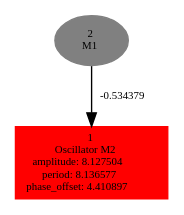
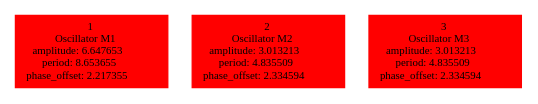
The diagram in experiments/locomotion1/offspringpop3/tempbrain.dot (karinemiras/l-system), drawn with Graphviz before and after one commit. The commit also changed 390 other files, not shown here.

```diff
--- a/experiments/locomotion1/offspringpop3/tempbrain.dot
+++ b/experiments/locomotion1/offspringpop3/tempbrain.dot
@@ -1,5 +1,5 @@
  digraph g{ forcelabels=true;
-1 [label=<1<BR />Oscillator M2<BR /> amplitude: 8.127504<BR /> period: 8.136577<BR /> phase_offset: 4.410897>, shape=box,color=red,style=filled,fontsize=8];
-2[label=<2<BR/>M1>,color="grey",style=filled,fontsize=8];
-2 -> 1[label="-0.534379 ",fontsize="8"];
+1 [label=<1<BR />Oscillator M1<BR /> amplitude: 6.647653<BR /> period: 8.653655<BR /> phase_offset: 2.217355>, shape=box,color=red,style=filled,fontsize=8];
+2 [label=<2<BR />Oscillator M2<BR /> amplitude: 3.013213<BR /> period: 4.835509<BR /> phase_offset: 2.334594>, shape=box,color=red,style=filled,fontsize=8];
+3 [label=<3<BR />Oscillator M3<BR /> amplitude: 3.013213<BR /> period: 4.835509<BR /> phase_offset: 2.334594>, shape=box,color=red,style=filled,fontsize=8];
  }
```
